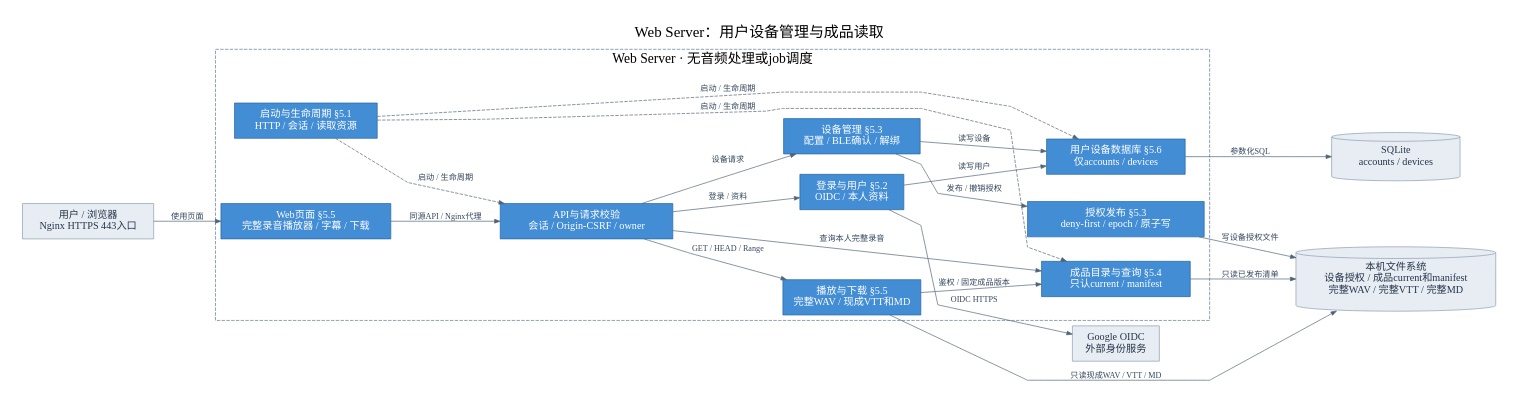
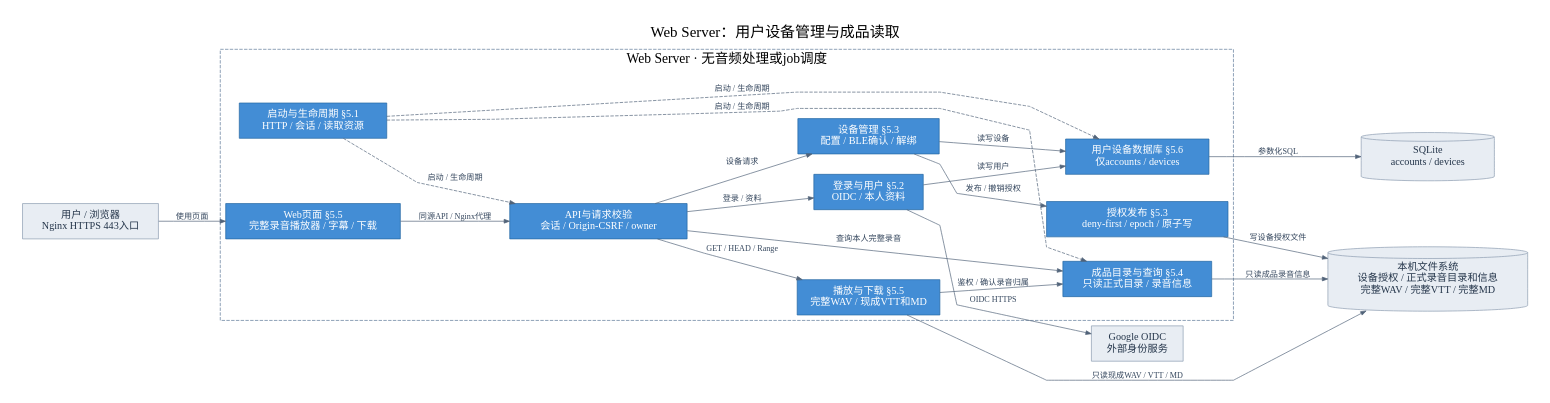
Before and after one commit to boboliu-1010/speaker: the diagram in docs/assets/diagrams/10-web-components.dot, drawn with Graphviz. The commit also changed 11 other files, not shown here.

```diff
--- a/docs/assets/diagrams/10-web-components.dot
+++ b/docs/assets/diagrams/10-web-components.dot
@@ -1,38 +1,38 @@
 digraph G {
 graph [rankdir=LR, bgcolor="white", pad="0.35", nodesep="0.42", ranksep="0.7", splines=polyline, fontname="PingFang SC", fontsize=22, labelloc=t, label="Web Server：用户设备管理与成品读取"];
 node [shape=box, style=filled, fillcolor="#438dd5", color="#2366a0", fontcolor=white, fontname="PingFang SC", fontsize=15, margin="0.18,0.12"];
 edge [fontname="PingFang SC", fontsize=12, color="#516379", fontcolor="#34465d", arrowsize=0.8];
 subgraph cluster_service { label="Web Server · 无音频处理或job调度"; color="#5a7596"; style=dashed; fontsize=20;
-boot [width=2.91, label="启动与生命周期 §5.1\nHTTP / 会话 / 读取资源"];
-api [width=3.53, label="API与请求校验\n会话 / Origin-CSRF / owner"];
-users [width=2.13, label="登录与用户 §5.2\nOIDC / 本人资料"];
-devices [width=2.79, label="设备管理 §5.3\n配置 / BLE确认 / 解绑"];
-authpub [width=3.61, label="授权发布 §5.3\ndeny-first / epoch / 原子写"];
-query [width=3.04, label="成品目录与查询 §5.4\n只认current / manifest"];
-media [width=2.82, label="播放与下载 §5.5\n完整WAV / 现成VTT和MD"];
-dbport [width=2.83, label="用户设备数据库 §5.6\n仅accounts / devices"];
-page [width=3.47, label="Web页面 §5.5\n完整录音播放器 / 字幕 / 下载"];
+boot [width=3.01, label="启动与生命周期 §5.1\nHTTP / 会话 / 读取资源"];
+api [width=3.62, label="API与请求校验\n会话 / Origin-CSRF / owner"];
+users [width=2.23, label="登录与用户 §5.2\nOIDC / 本人资料"];
+devices [width=2.89, label="设备管理 §5.3\n配置 / BLE确认 / 解绑"];
+authpub [width=3.71, label="授权发布 §5.3\ndeny-first / epoch / 原子写"];
+query [width=3.04, label="成品目录与查询 §5.4\n只读正式目录 / 录音信息"];
+media [width=2.92, label="播放与下载 §5.5\n完整WAV / 现成VTT和MD"];
+dbport [width=2.93, label="用户设备数据库 §5.6\n仅accounts / devices"];
+page [width=3.57, label="Web页面 §5.5\n完整录音播放器 / 字幕 / 下载"];
 }
-browser [shape=box, width=2.68, fillcolor="#e8edf3", color="#8b9bb0", fontcolor="#24354a", label="用户 / 浏览器\nNginx HTTPS 443入口"];
-google [shape=box, width=1.78, fillcolor="#e8edf3", color="#8b9bb0", fontcolor="#24354a", label="Google OIDC\n外部身份服务"];
-database [shape=cylinder, width=2.62, fillcolor="#e8edf3", color="#8b9bb0", fontcolor="#24354a", label="SQLite\naccounts / devices"];
-fs [shape=cylinder, width=4.08, fillcolor="#e8edf3", color="#8b9bb0", fontcolor="#24354a", label="本机文件系统\n设备授权 / 成品current和manifest\n完整WAV / 完整VTT / 完整MD"];
+browser [shape=box, width=2.78, fillcolor="#e8edf3", color="#8b9bb0", fontcolor="#24354a", label="用户 / 浏览器\nNginx HTTPS 443入口"];
+google [shape=box, width=1.88, fillcolor="#e8edf3", color="#8b9bb0", fontcolor="#24354a", label="Google OIDC\n外部身份服务"];
+database [shape=cylinder, width=2.72, fillcolor="#e8edf3", color="#8b9bb0", fontcolor="#24354a", label="SQLite\naccounts / devices"];
+fs [shape=cylinder, width=4.08, fillcolor="#e8edf3", color="#8b9bb0", fontcolor="#24354a", label="本机文件系统\n设备授权 / 正式录音目录和信息\n完整WAV / 完整VTT / 完整MD"];
 browser -> page [label="使用页面"];
 page -> api [label="同源API / Nginx代理"];
 api -> users [label="登录 / 资料"];
 api -> devices [label="设备请求"];
 users -> google [label="OIDC HTTPS"];
 users -> dbport [label="读写用户"];
 devices -> dbport [label="读写设备"];
 devices -> authpub [label="发布 / 撤销授权"];
 authpub -> fs [label="写设备授权文件"];
 api -> query [label="查询本人完整录音"];
-query -> fs [label="只读已发布清单"];
+query -> fs [label="只读成品录音信息"];
 api -> media [label="GET / HEAD / Range"];
-media -> query [label="鉴权 / 固定成品版本"];
+media -> query [label="鉴权 / 确认录音归属"];
 media -> fs [label="只读现成WAV / VTT / MD"];
 dbport -> database [label="参数化SQL"];
 boot -> api [style=dashed, label="启动 / 生命周期", constraint=false];
 boot -> dbport [style=dashed, label="启动 / 生命周期", constraint=false];
 boot -> query [style=dashed, label="启动 / 生命周期", constraint=false];
 }
```
